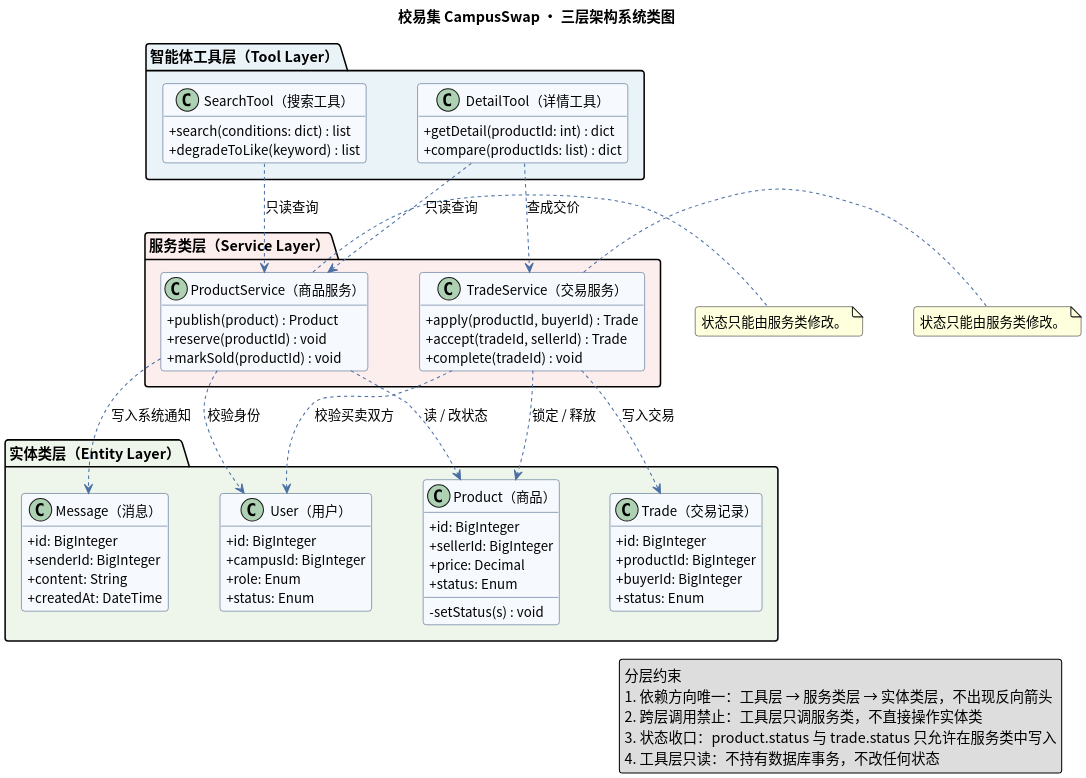
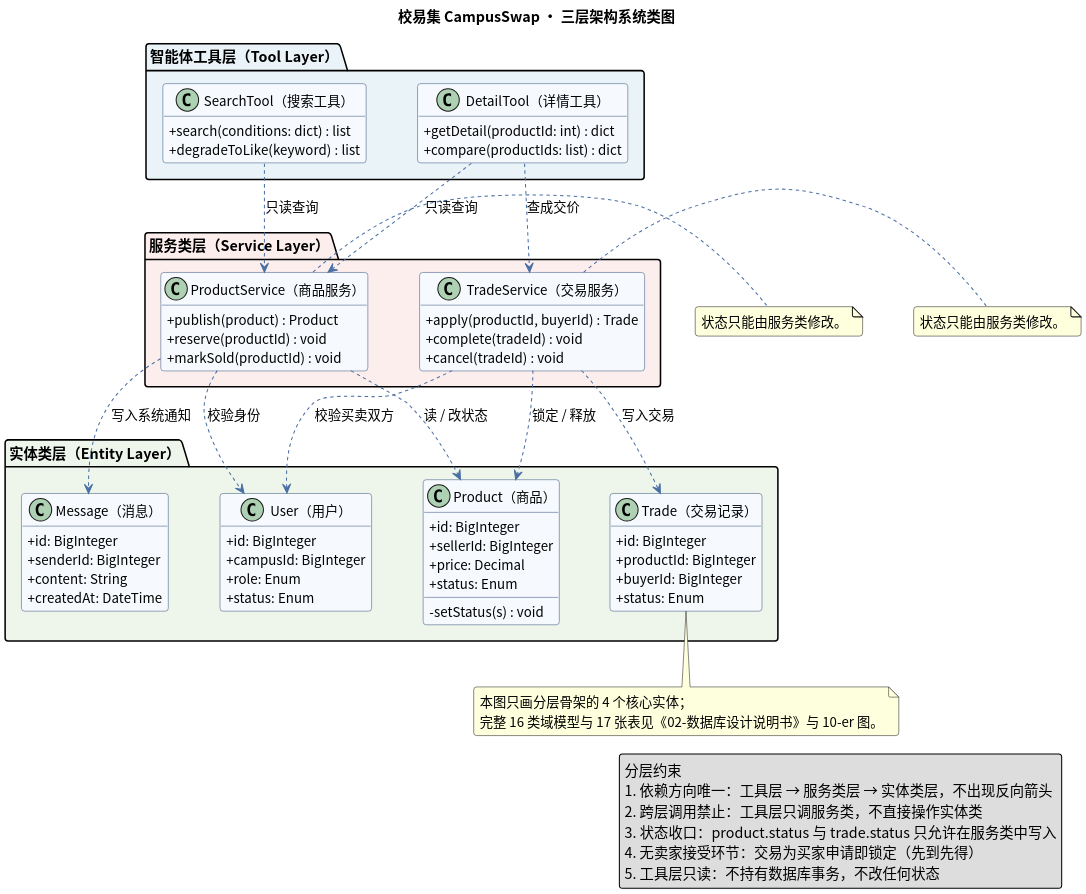
One commit to LB-CC-summer/campusswap changed the diagram in docs/uml/04-class.puml. Above: the diagram before and after it, drawn with PlantUML. The commit also changed 5 other files, not shown here.

Commit message:
docs(uml): 04/07/08 修正卖家接受口径与枚举，对齐 03 文档

```diff
--- a/docs/uml/04-class.puml
+++ b/docs/uml/04-class.puml
@@ -1,101 +1,107 @@
-@startuml 11-class-layer
+@startuml 04-class
 ' 校易集 CampusSwap · 三层架构系统类图
 ' 分层：智能体工具层 → 服务类层 → 实体类层（依赖单向向下）
 skinparam dpi 200
 skinparam defaultFontName "Noto Sans CJK SC"
 skinparam classAttributeIconSize 0
 skinparam shadowing false
 skinparam roundcorner 6
 skinparam classFontSize 15
 skinparam classAttributeFontSize 13
 skinparam nodesep 50
 skinparam ranksep 55
 skinparam ArrowColor #4A6FA5
 skinparam ClassBorderColor #33507A
 skinparam ClassBackgroundColor #F6F9FD
 hide empty members
 
 title 校易集 CampusSwap · 三层架构系统类图
 
 package "智能体工具层（Tool Layer）" #EAF3F8 {
   class "SearchTool（搜索工具）" as SearchTool {
     +search(conditions: dict) : list
     +degradeToLike(keyword) : list
   }
   class "DetailTool（详情工具）" as DetailTool {
     +getDetail(productId: int) : dict
     +compare(productIds: list) : dict
   }
 }
 
 package "服务类层（Service Layer）" #FDEEEE {
   class "ProductService（商品服务）" as ProductService {
     +publish(product) : Product
     +reserve(productId) : void
     +markSold(productId) : void
   }
   class "TradeService（交易服务）" as TradeService {
     +apply(productId, buyerId) : Trade
-    +accept(tradeId, sellerId) : Trade
     +complete(tradeId) : void
+    +cancel(tradeId) : void
   }
 }
 
 package "实体类层（Entity Layer）" #EEF5EA {
   class "User（用户）" as User {
     +id: BigInteger
     +campusId: BigInteger
     +role: Enum
     +status: Enum
   }
   class "Product（商品）" as Product {
     +id: BigInteger
     +sellerId: BigInteger
     +price: Decimal
     +status: Enum
     -setStatus(s) : void
   }
   class "Trade（交易记录）" as Trade {
     +id: BigInteger
     +productId: BigInteger
     +buyerId: BigInteger
     +status: Enum
   }
   class "Message（消息）" as Message {
     +id: BigInteger
     +senderId: BigInteger
     +content: String
     +createdAt: DateTime
   }
 }
 
 ' ---------- 服务类依赖实体类 ----------
 ProductService ..> Product : 读 / 改状态
 ProductService ..> User : 校验身份
 ProductService ..> Message : 写入系统通知
 TradeService ..> Trade : 写入交易
 TradeService ..> Product : 锁定 / 释放
 TradeService ..> User : 校验买卖双方
 
 ' ---------- 智能体工具层依赖服务类 ----------
 SearchTool ..> ProductService : 只读查询
 DetailTool ..> ProductService : 只读查询
 DetailTool ..> TradeService : 查成交价
 
 note right of ProductService
   状态只能由服务类修改。
 end note
 
 note right of TradeService
   状态只能由服务类修改。
 end note
 
+note bottom of Trade
+  本图只画分层骨架的 4 个核心实体；
+  完整 16 类域模型与 17 张表见《02-数据库设计说明书》与 10-er 图。
+end note
+
 legend right
   分层约束
   1. 依赖方向唯一：工具层 → 服务类层 → 实体类层，不出现反向箭头
   2. 跨层调用禁止：工具层只调服务类，不直接操作实体类
   3. 状态收口：product.status 与 trade.status 只允许在服务类中写入
-  4. 工具层只读：不持有数据库事务，不改任何状态
+  4. 无卖家接受环节：交易为买家申请即锁定（先到先得）
+  5. 工具层只读：不持有数据库事务，不改任何状态
 endlegend
 
 @enduml
```
